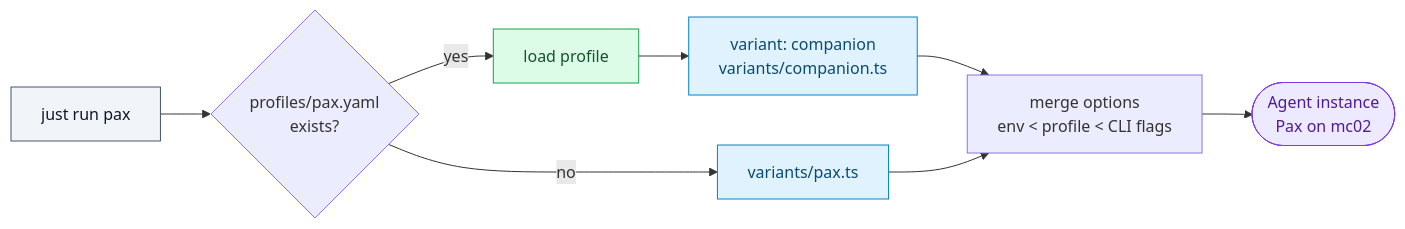
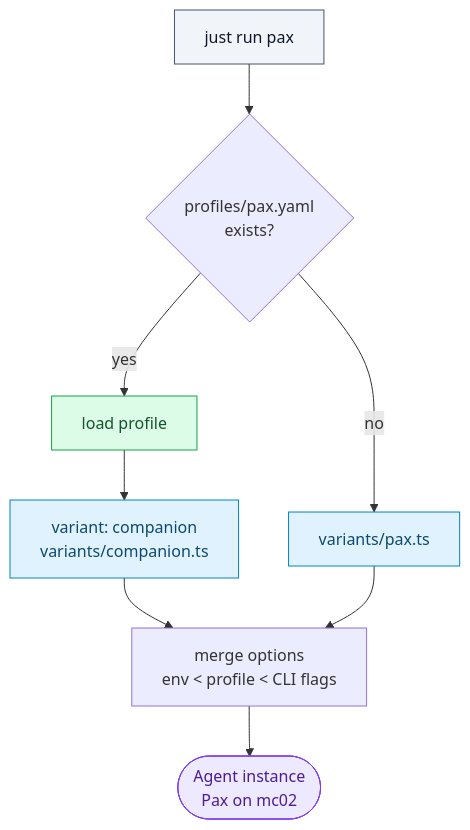
One commit to thereisnotime/golemkit changed the second of 3 diagrams in docs/concepts/variants-profiles.md. Above: the diagram before and after it, drawn with Mermaid. The commit also changed other lines of this file and 20 other files, not shown here.

First line of the commit message:
Docs: replace the last ASCII diagrams with mermaid, make wide charts top-down to fit the column

````diff
--- a/docs/concepts/variants-profiles.md
+++ b/docs/concepts/variants-profiles.md
@@ -73,17 +73,17 @@
 ```mermaid
-flowchart LR
+flowchart TD
   A["just run pax"] --> B{"profiles/pax.yaml<br/>exists?"}
   B -- yes --> C["load profile"] --> D["variant: companion<br/>variants/companion.ts"]
   B -- no --> E["variants/pax.ts"]
   D --> F["merge options<br/>env &lt; profile &lt; CLI flags"]
   E --> F
   F --> G(["Agent instance<br/>Pax on mc02"])
   classDef cmd fill:#f1f5f9,stroke:#475569,color:#0f172a
   classDef prof fill:#dcfce7,stroke:#16a34a,color:#14532d
   classDef vari fill:#e0f2fe,stroke:#0284c7,color:#0c4a6e
   classDef inst fill:#ede9fe,stroke:#7c3aed,color:#4c1d95
   class A cmd
   class C prof
   class D,E vari
   class G inst
 ```
````
